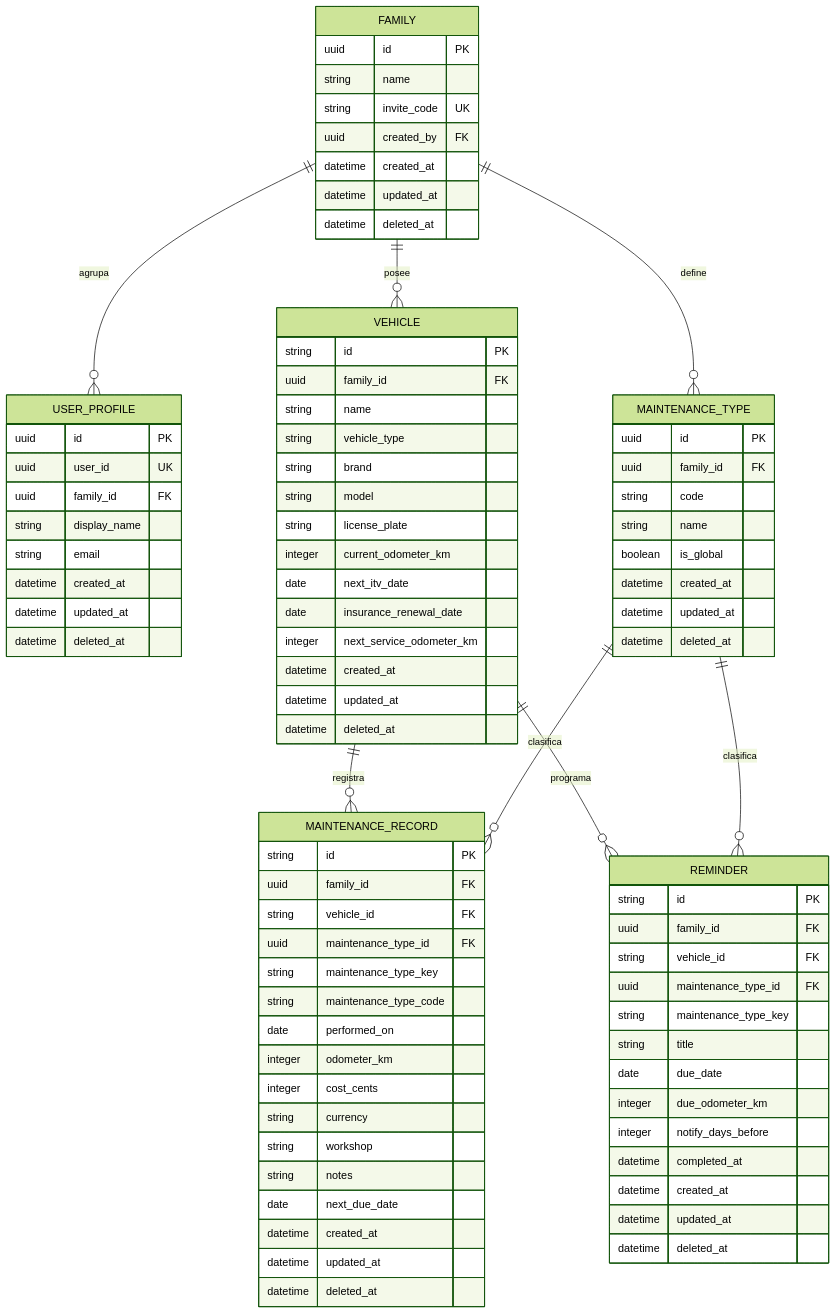
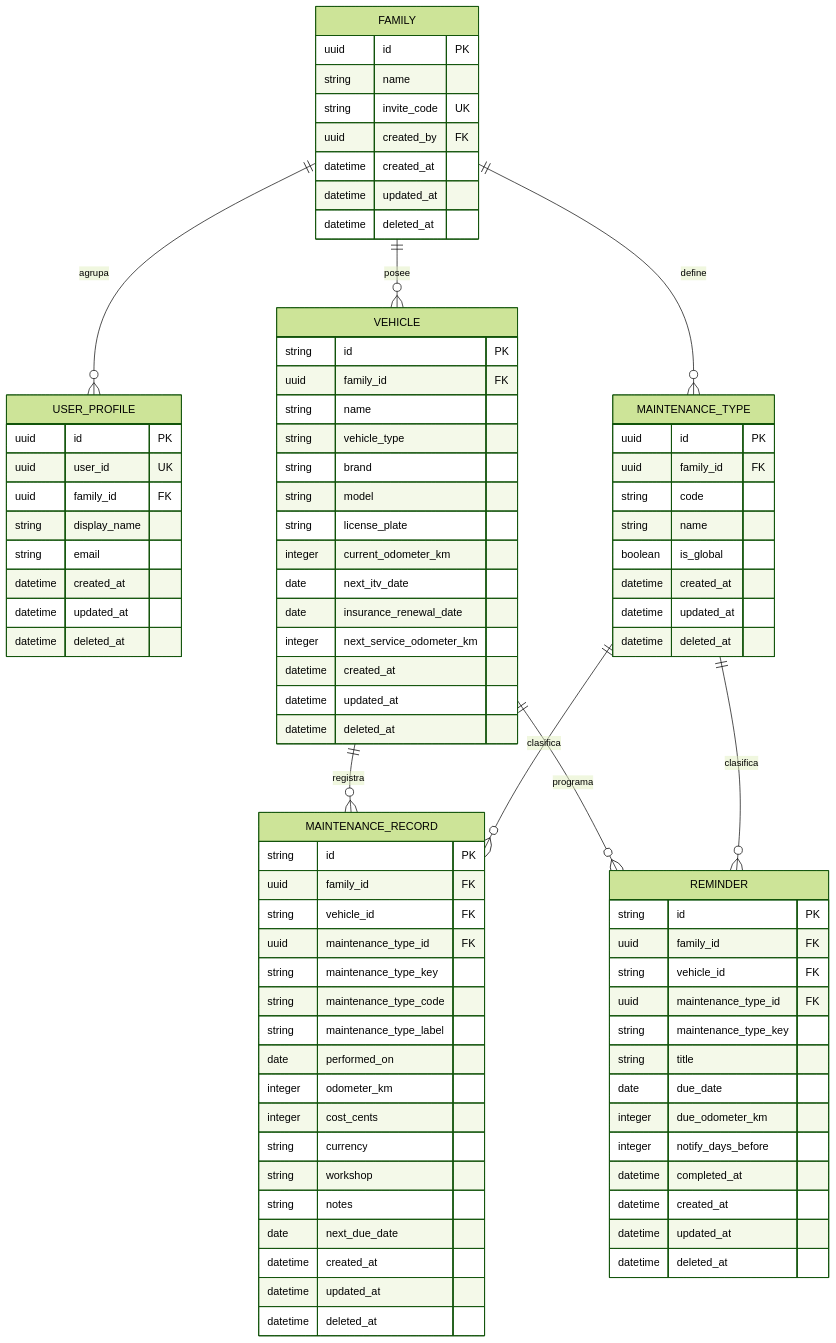
The third of 3 diagrams in readme.md (asensiodev/Carbura), drawn with Mermaid (forest theme) before and after one commit. The commit also changed other lines of this file and 26 other files, not shown here.

```diff
--- a/readme.md
+++ b/readme.md
@@ -364,6 +384,7 @@
         uuid maintenance_type_id FK
         string maintenance_type_key
         string maintenance_type_code
+        string maintenance_type_label
         date performed_on
         integer odometer_km
         integer cost_cents
```
